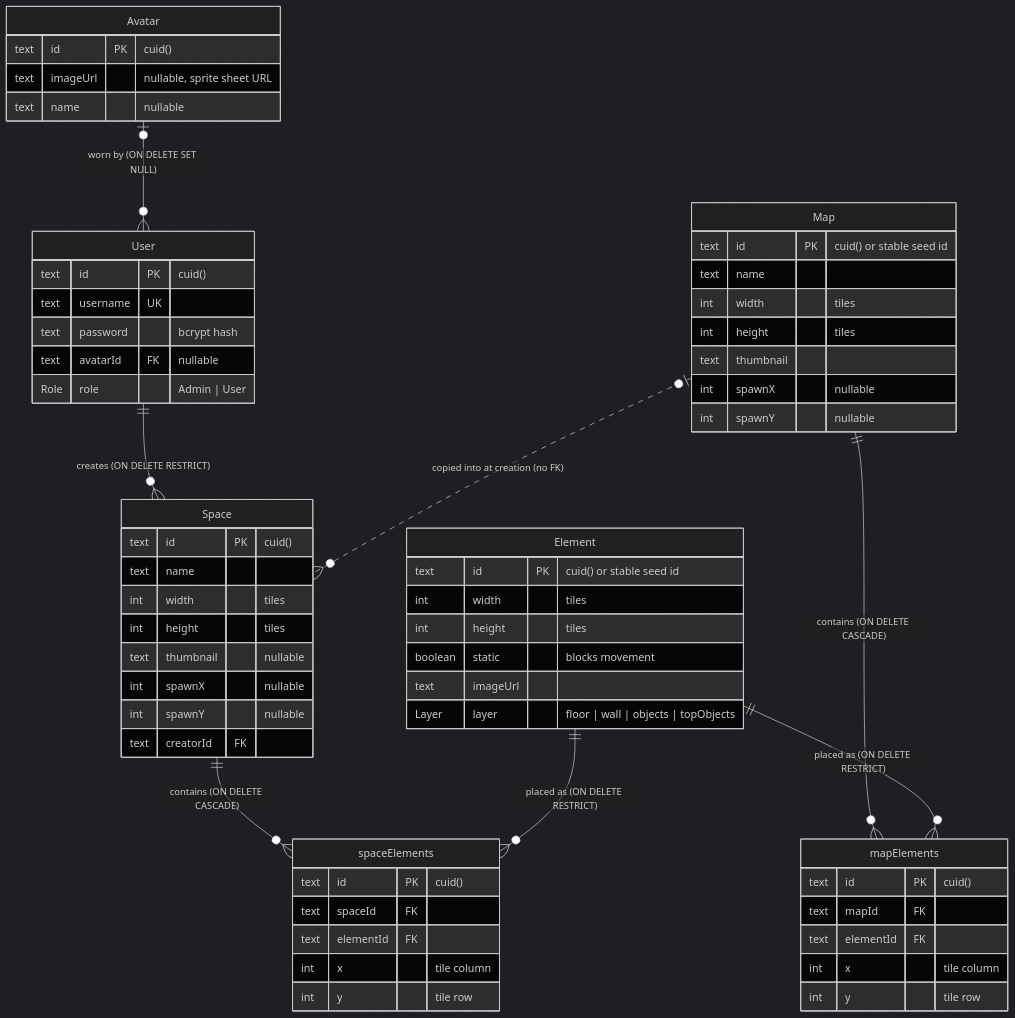
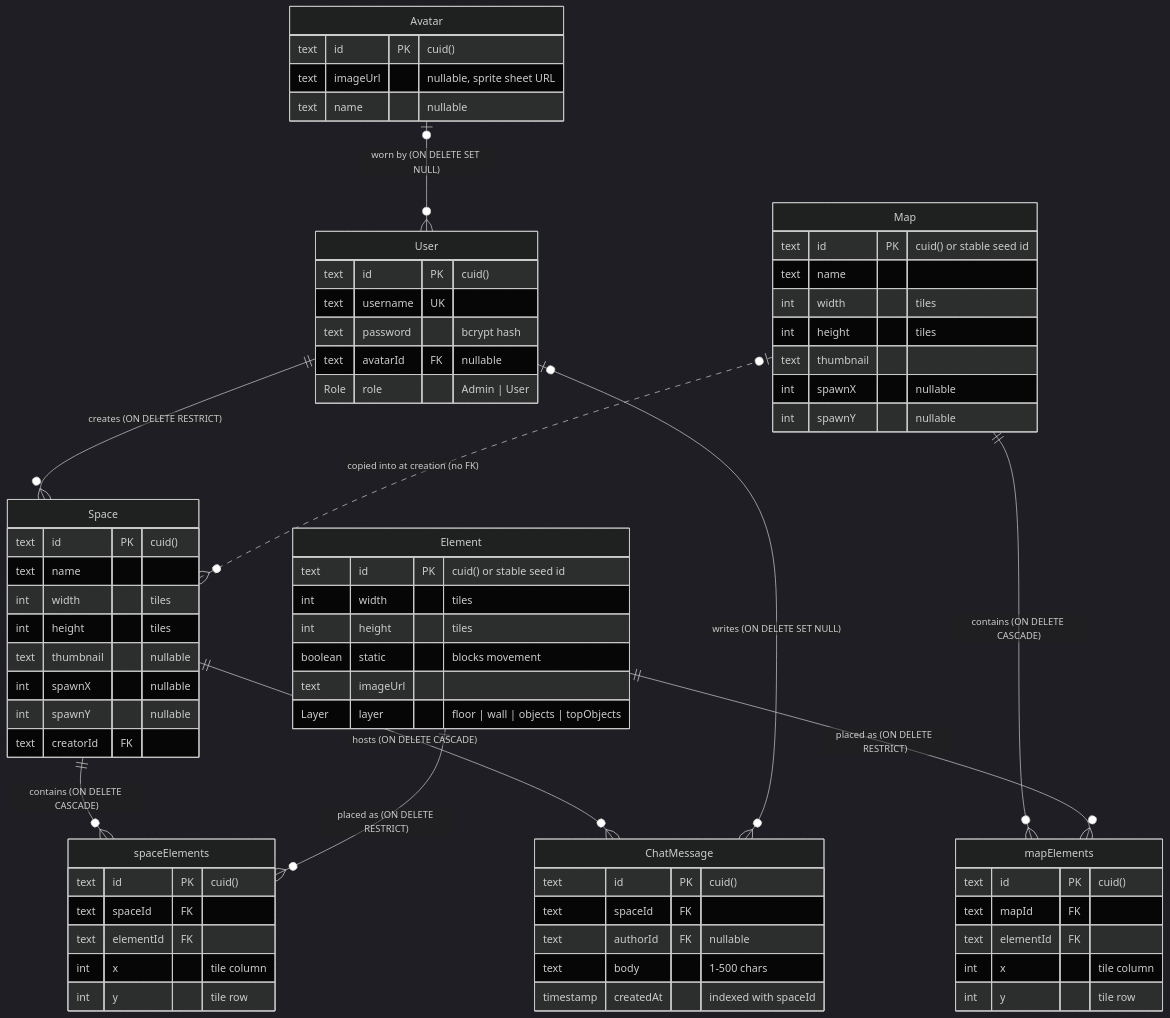
Before and after one commit to Mnkubusb/metaverse: the first of 2 diagrams in docs/database/ER_DIAGRAM.md, drawn with Mermaid (dark theme). The commit also changed other lines of this file and 7 other files, not shown here.

````diff
--- a/docs/database/ER_DIAGRAM.md
+++ b/docs/database/ER_DIAGRAM.md
@@ -10,64 +10,73 @@
 ```mermaid
 erDiagram
     User {
         text id PK "cuid()"
         text username UK
         text password "bcrypt hash"
         text avatarId FK "nullable"
         Role role "Admin | User"
     }
     Avatar {
         text id PK "cuid()"
         text imageUrl "nullable, sprite sheet URL"
         text name "nullable"
     }
     Space {
         text id PK "cuid()"
         text name
         int width "tiles"
         int height "tiles"
         text thumbnail "nullable"
         int spawnX "nullable"
         int spawnY "nullable"
         text creatorId FK
     }
     spaceElements {
         text id PK "cuid()"
         text spaceId FK
         text elementId FK
         int x "tile column"
         int y "tile row"
     }
     Element {
         text id PK "cuid() or stable seed id"
         int width "tiles"
         int height "tiles"
         boolean static "blocks movement"
         text imageUrl
         Layer layer "floor | wall | objects | topObjects"
     }
     Map {
         text id PK "cuid() or stable seed id"
         text name
         int width "tiles"
         int height "tiles"
         text thumbnail
         int spawnX "nullable"
         int spawnY "nullable"
     }
     mapElements {
         text id PK "cuid()"
         text mapId FK
         text elementId FK
         int x "tile column"
         int y "tile row"
     }
+    ChatMessage {
+        text id PK "cuid()"
+        text spaceId FK
+        text authorId FK "nullable"
+        text body "1-500 chars"
+        timestamp createdAt "indexed with spaceId"
+    }
 
     Avatar |o--o{ User : "worn by (ON DELETE SET NULL)"
     User ||--o{ Space : "creates (ON DELETE RESTRICT)"
     Space ||--o{ spaceElements : "contains (ON DELETE CASCADE)"
     Element ||--o{ spaceElements : "placed as (ON DELETE RESTRICT)"
     Map ||--o{ mapElements : "contains (ON DELETE CASCADE)"
     Element ||--o{ mapElements : "placed as (ON DELETE RESTRICT)"
     Map |o..o{ Space : "copied into at creation (no FK)"
+    Space ||--o{ ChatMessage : "hosts (ON DELETE CASCADE)"
+    User |o--o{ ChatMessage : "writes (ON DELETE SET NULL)"
 ```
````
